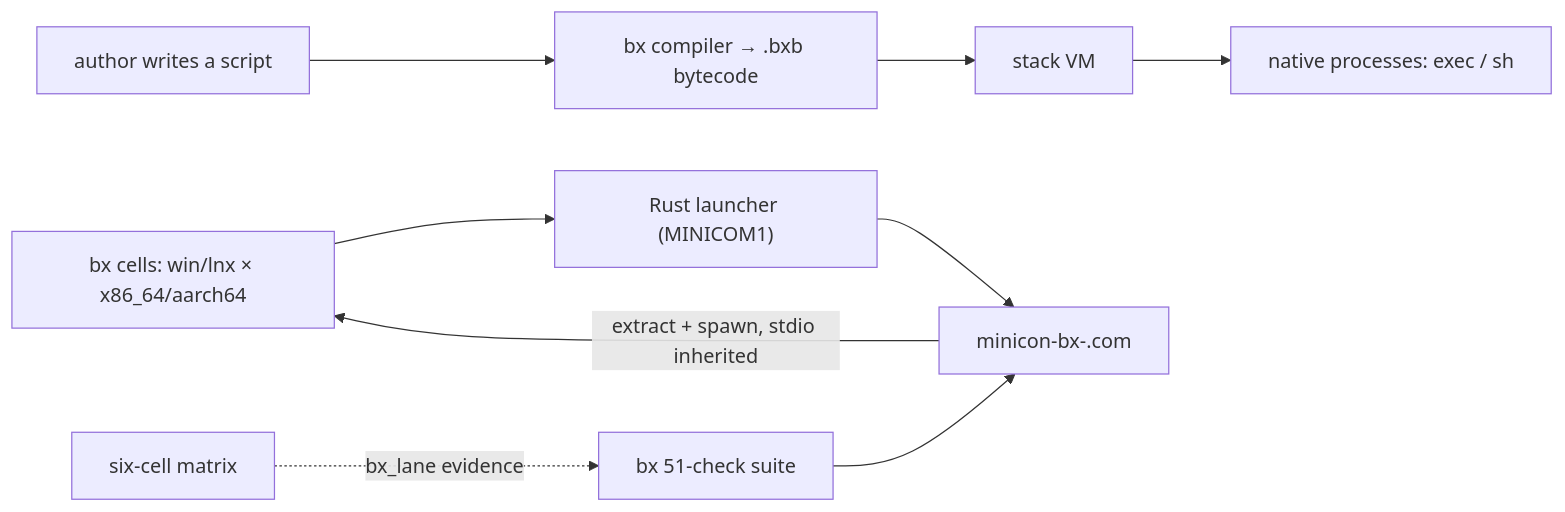
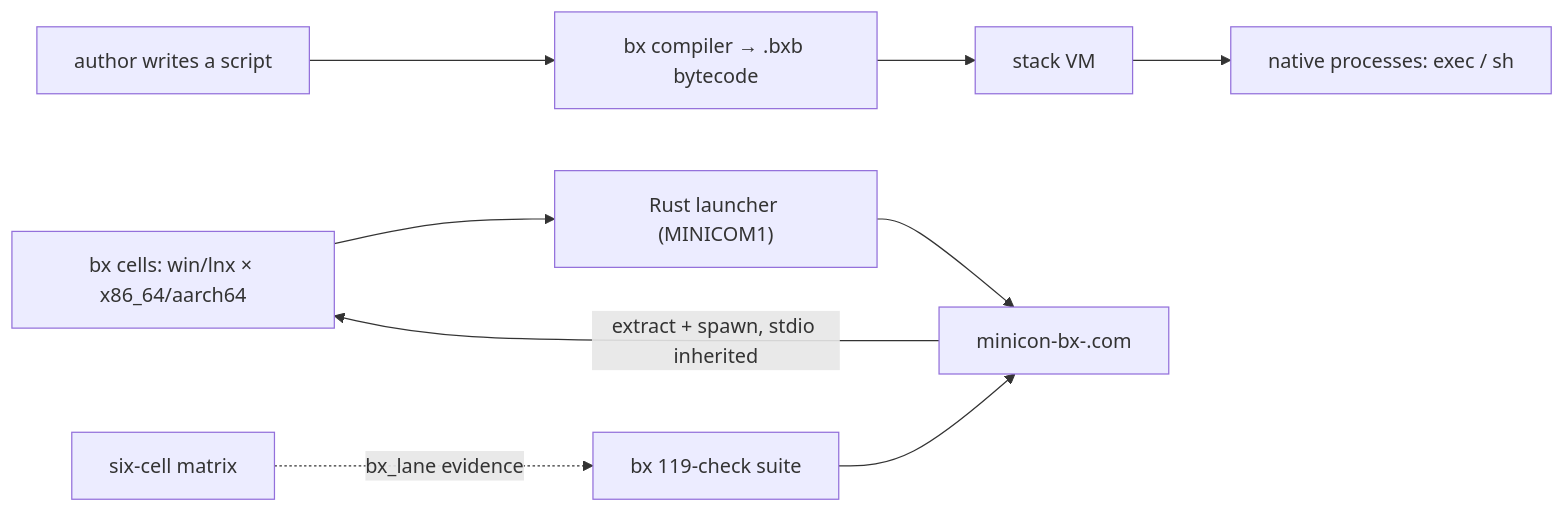
The diagram in prd/PRD_02_41_bx.md (partnernetsoftware/minicon), drawn with Mermaid before and after one commit. The commit also changed other lines of this file and 3 other files, not shown here.

````diff
--- a/prd/PRD_02_41_bx.md
+++ b/prd/PRD_02_41_bx.md
@@ -41,11 +44,11 @@
 ```mermaid
 flowchart LR
     S["author writes a script"] --> C["bx compiler → .bxb bytecode"]
     C --> V["stack VM"]
     V --> P["native processes: exec / sh"]
     B["bx cells: win/lnx × x86_64/aarch64"] --> L["Rust launcher (MINICOM1)"]
     L --> D["minicon-bx-<cell>.com"]
     D -->|"extract + spawn, stdio inherited"| B
-    Q["bx 51-check suite"] --> D
+    Q["bx 119-check suite"] --> D
     CI["six-cell matrix"] -.->|"bx_lane evidence"| Q
 ```
````
